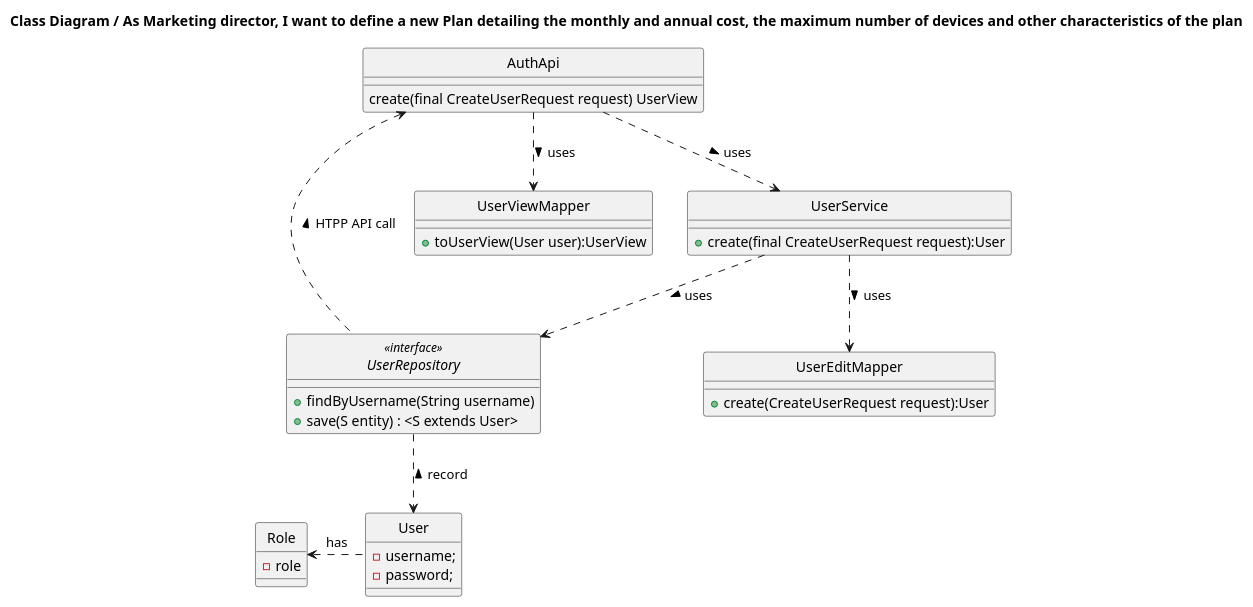
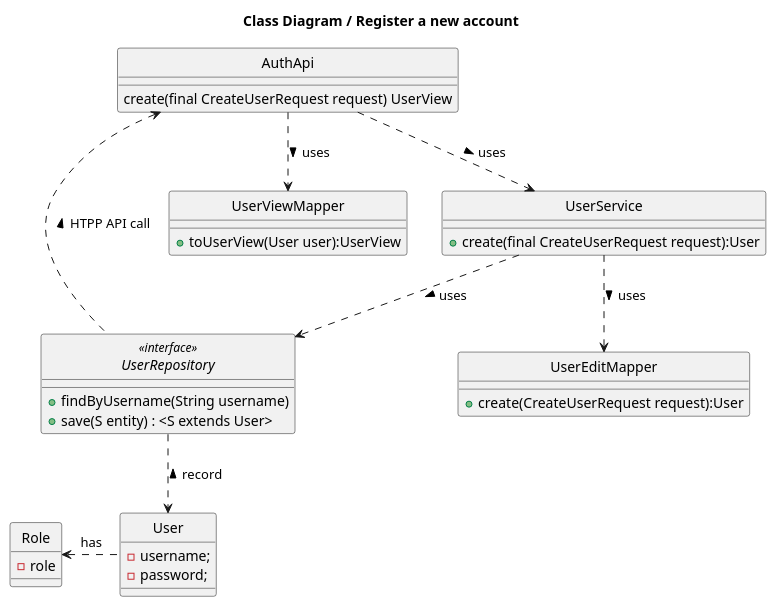
One commit to IsepMartimOliveira/SIDIS changed the diagram in docs_sidis/Users/US02/CD.puml. Above: the diagram before and after it, drawn with PlantUML. The commit also changed 5 other files, not shown here.

```diff
--- a/docs_sidis/Users/US02/CD.puml
+++ b/docs_sidis/Users/US02/CD.puml
@@ -1,48 +1,48 @@
 @startuml
 'https://plantuml.com/class-diagram
 hide circle
 class UserRepository <<interface>>
 
-title Class Diagram / As Marketing director, I want to define a new Plan detailing the monthly and annual cost, the maximum number of devices and other characteristics of the plan
+title Class Diagram / Register a new account
 
 
 
 class User{
   - username;
    -password;
 }
 
 class Role{
 -role
 }
 class UserViewMapper{
     +toUserView(User user):UserView
 }
 class AuthApi{
    create(final CreateUserRequest request) UserView
     }
 class UserService{
  +create(final CreateUserRequest request):User
 
 
 }
 class UserEditMapper{
     +create(CreateUserRequest request):User
 }
 
 interface UserRepository
 {
 +findByUsername(String username)
 +save(S entity) : <S extends User>
 }
 
 
 
 User..left>Role:has
 AuthApi ..> UserService: uses >
 UserService ..> UserRepository: uses >
 UserRepository ..> User: < record
 UserRepository ..left>AuthApi: HTPP API call >
 UserService ..> UserEditMapper: uses >
 AuthApi..>UserViewMapper: uses >
 @enduml
```
